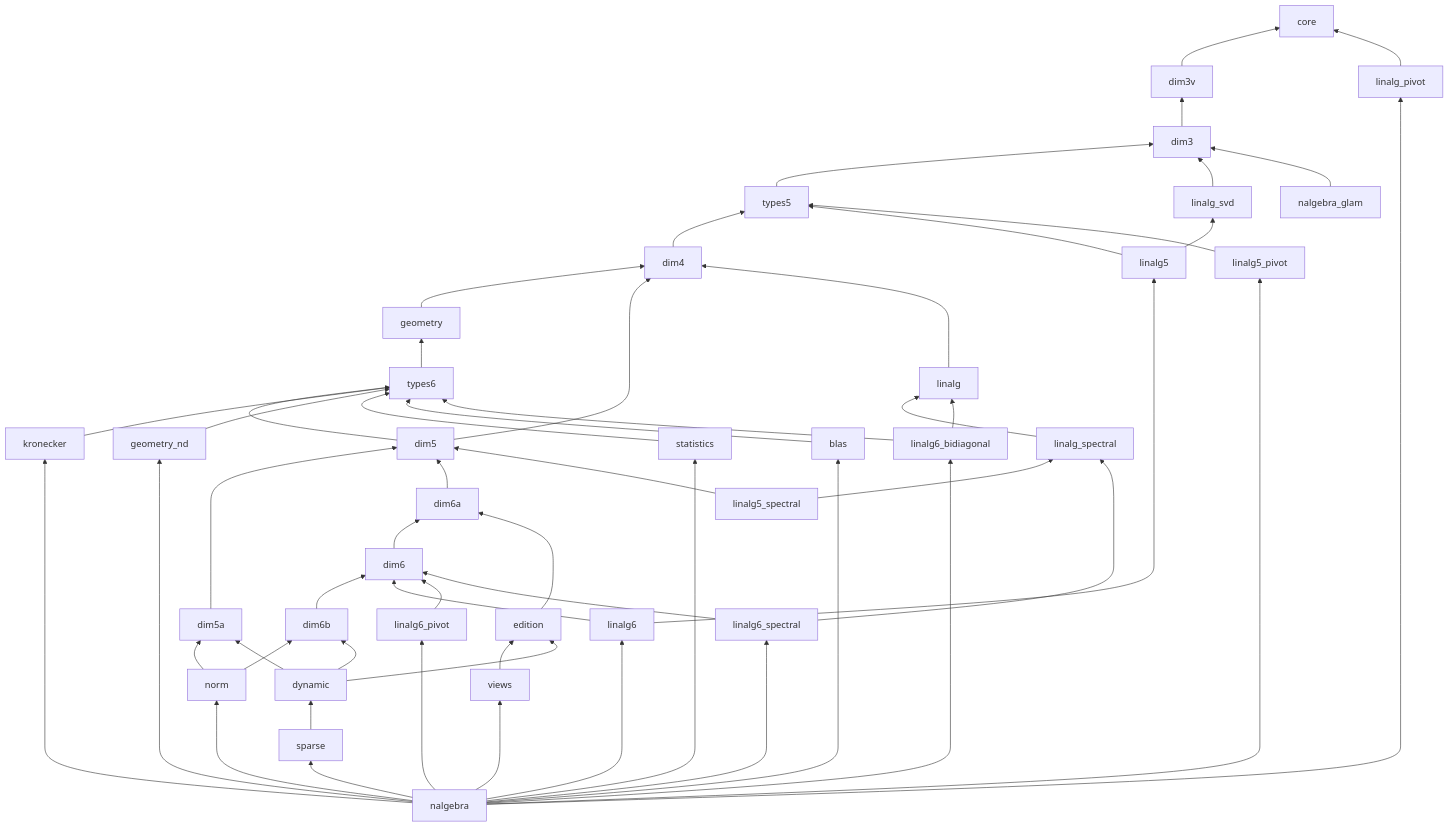
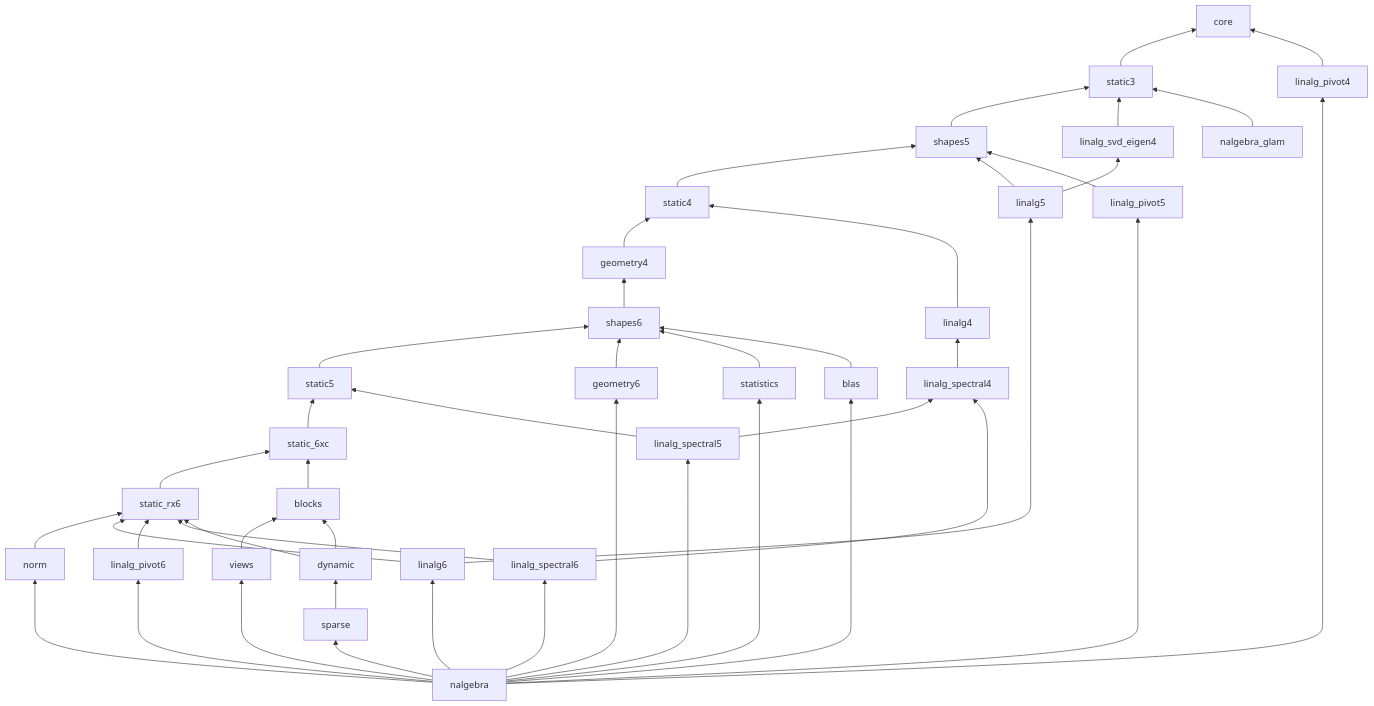
The diagram in docs/SPLIT.md (bal7hazar/nalgebra-cairo), drawn with Mermaid before and after one commit. The commit also changed other lines of this file and 9 other files, not shown here.

````diff
--- a/docs/SPLIT.md
+++ b/docs/SPLIT.md
@@ -192,57 +195,47 @@
 ```mermaid
 graph BT
-  dim3v --> core
-  dim3 --> dim3v
-  types5 --> dim3
-  dim4 --> types5
-  geometry --> dim4
-  types6 --> geometry
-  dim5 --> types6
-  dim5 --> dim4
-  dim5a --> dim5
-  dim6a --> dim5
-  dim6 --> dim6a
-  dim6b --> dim6
-  edition --> dim6a
-  views --> edition
-  kronecker --> types6
-  geometry_nd --> types6
-  statistics --> types6
-  blas --> types6
-  norm --> dim6b
-  norm --> dim5a
-  linalg --> dim4
-  linalg_svd --> dim3
-  linalg_pivot --> core
-  linalg_spectral --> linalg
-  linalg5 --> linalg_svd
-  linalg5 --> types5
-  linalg5_pivot --> types5
-  linalg5_spectral --> linalg_spectral
-  linalg5_spectral --> dim5
+  static3 --> core
+  shapes5 --> static3
+  static4 --> shapes5
+  geometry4 --> static4
+  shapes6 --> geometry4
+  static5 --> shapes6
+  static_6xc --> static5
+  static_rx6 --> static_6xc
+  blocks --> static_6xc
+  views --> blocks
+  norm --> static_rx6
+  geometry6 --> shapes6
+  statistics --> shapes6
+  blas --> shapes6
+  linalg4 --> static4
+  linalg_svd_eigen4 --> static3
+  linalg_pivot4 --> core
+  linalg_spectral4 --> linalg4
+  linalg5 --> linalg_svd_eigen4
+  linalg5 --> shapes5
+  linalg_pivot5 --> shapes5
+  linalg_spectral5 --> linalg_spectral4
+  linalg_spectral5 --> static5
   linalg6 --> linalg5
-  linalg6 --> dim6
-  linalg6_pivot --> dim6
-  linalg6_bidiagonal --> linalg
-  linalg6_bidiagonal --> types6
-  linalg6_spectral --> linalg_spectral
-  linalg6_spectral --> dim6
-  dynamic --> dim6b
-  dynamic --> dim5a
-  dynamic --> edition
+  linalg6 --> static_rx6
+  linalg_pivot6 --> static_rx6
+  linalg_spectral6 --> linalg_spectral4
+  linalg_spectral6 --> static_rx6
+  dynamic --> blocks
+  dynamic --> static_rx6
   sparse --> dynamic
   nalgebra --> views
   nalgebra --> norm
-  nalgebra --> sparse
-  nalgebra --> kronecker
-  nalgebra --> geometry_nd
+  nalgebra --> geometry6
   nalgebra --> statistics
   nalgebra --> blas
-  nalgebra --> linalg6_spectral
-  nalgebra --> linalg6_bidiagonal
-  nalgebra --> linalg6_pivot
+  nalgebra --> linalg_pivot4
+  nalgebra --> linalg_pivot5
+  nalgebra --> linalg_spectral5
   nalgebra --> linalg6
-  nalgebra --> linalg5_pivot
-  nalgebra --> linalg_pivot
-  nalgebra_glam --> dim3
+  nalgebra --> linalg_pivot6
+  nalgebra --> linalg_spectral6
+  nalgebra --> sparse
+  nalgebra_glam --> static3
 ```
````
